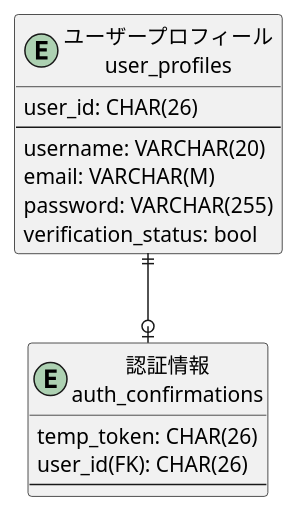
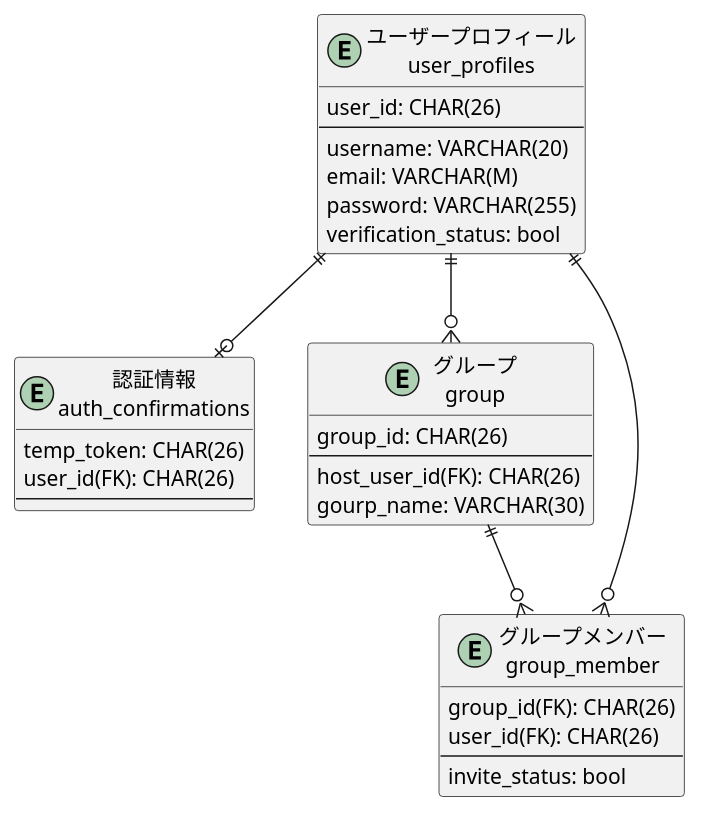
One commit to h-maki2/identityAccess changed the diagram in modelingDiagram/ERDiagram/identityManagement.pu. Above: the diagram before and after it, drawn with PlantUML. The commit also changed 1 other file, not shown here.

Commit message:
ER図を作成

```diff
--- a/modelingDiagram/ERDiagram/identityManagement.pu
+++ b/modelingDiagram/ERDiagram/identityManagement.pu
@@ -1,20 +1,37 @@
 @startuml identityManagement
 
 entity "ユーザープロフィール\nuser_profiles" as user_profiles {
     user_id: CHAR(26)
     --
     username: VARCHAR(20)
     email: VARCHAR(M)
     password: VARCHAR(255)
     verification_status: bool
 }
 
 entity "認証情報\nauth_confirmations" as auth_confirmations {
     temp_token: CHAR(26)
     user_id(FK): CHAR(26)
     --
 }
 
+entity "グループ\ngroup" as group {
+    group_id: CHAR(26)
+    --
+    host_user_id(FK): CHAR(26)
+    gourp_name: VARCHAR(30)
+}
+
+entity "グループメンバー\ngroup_member" as group_member {
+    group_id(FK): CHAR(26)
+    user_id(FK): CHAR(26)
+    --
+    invite_status: bool
+}
+
 user_profiles ||--o| auth_confirmations
+user_profiles ||--o{ group
+group ||--o{ group_member
+user_profiles ||--o{ group_member
 
 @enduml
```
